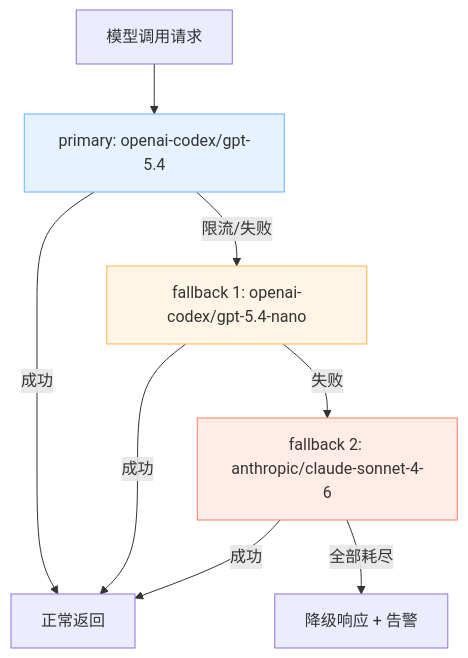
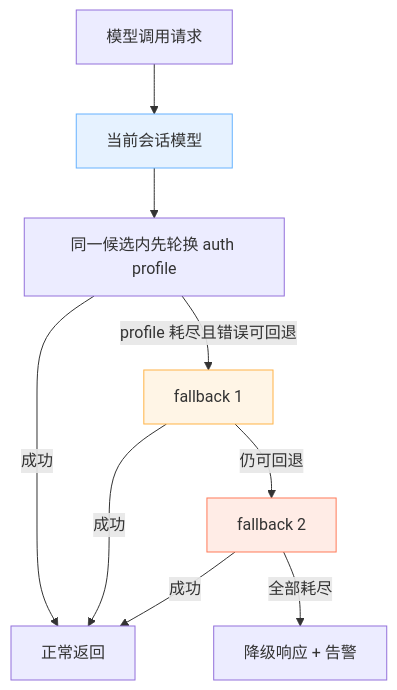
The diagram in 11_reliability_security/11.3_fallback_rules.md (yeasy/openclaw_guide), drawn with Mermaid before and after one commit. The commit also changed other lines of this file and 53 other files, not shown here.

````diff
--- a/11_reliability_security/11.3_fallback_rules.md
+++ b/11_reliability_security/11.3_fallback_rules.md
@@ -26,14 +26,15 @@
 ```mermaid
 flowchart TD
-  req["模型调用请求"] --> p["primary: openai-codex/gpt-5.4"]
-  p -->|"成功"| ok["正常返回"]
-  p -->|"限流/失败"| f1["fallback 1: openai-codex/gpt-5.4-nano"]
+  req["模型调用请求"] --> p["当前会话模型"]
+  p --> ap["同一候选内先轮换 auth profile"]
+  ap -->|"成功"| ok["正常返回"]
+  ap -->|"profile 耗尽且错误可回退"| f1["fallback 1"]
   f1 -->|"成功"| ok
-  f1 -->|"失败"| f2["fallback 2: anthropic/claude-sonnet-4-6"]
+  f1 -->|"仍可回退"| f2["fallback 2"]
   f2 -->|"成功"| ok
   f2 -->|"全部耗尽"| degrade["降级响应 + 告警"]
 
   style p fill:#e6f2ff,stroke:#66b2ff
   style f1 fill:#fff5e6,stroke:#ffb347
   style f2 fill:#ffece6,stroke:#ff7a59
 ```
````
